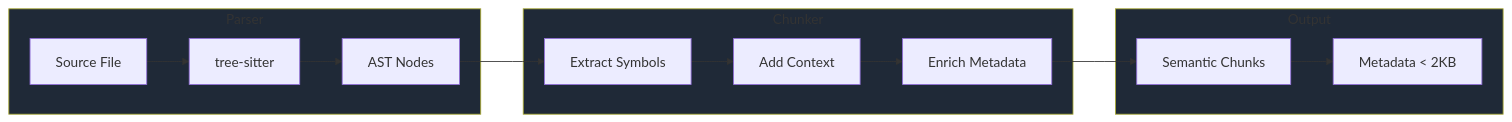
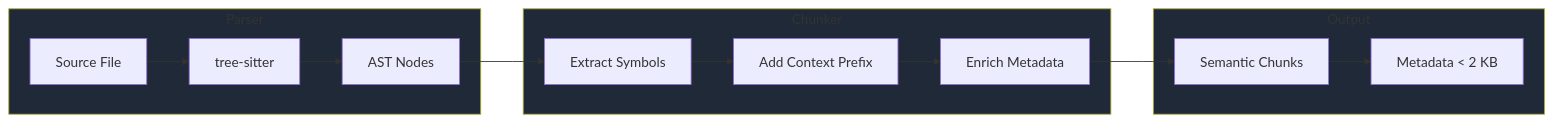
Before and after one commit to steeltroops-ai/omnicontext: the fourth of 13 diagrams in website/docs/architecture.md, drawn with Mermaid. The commit also changed other lines of this file and 71 other files, not shown here.

````diff
--- a/website/docs/architecture.md
+++ b/website/docs/architecture.md
@@ -160,22 +170,22 @@
 ```mermaid
 graph LR
     subgraph Parser
         File[Source File] --> TS[tree-sitter]
         TS --> AST[AST Nodes]
     end
-    
+
     subgraph Chunker
         AST --> Extract[Extract Symbols]
-        Extract --> Context[Add Context]
+        Extract --> Context[Add Context Prefix]
         Context --> Enrich[Enrich Metadata]
     end
-    
+
     subgraph Output
         Enrich --> Chunks[Semantic Chunks]
-        Chunks --> Meta[Metadata < 2KB]
+        Chunks --> Meta[Metadata < 2 KB]
     end
-    
+
     style Parser fill:#1f2937
     style Chunker fill:#1f2937
     style Output fill:#1f2937
 ```
````
